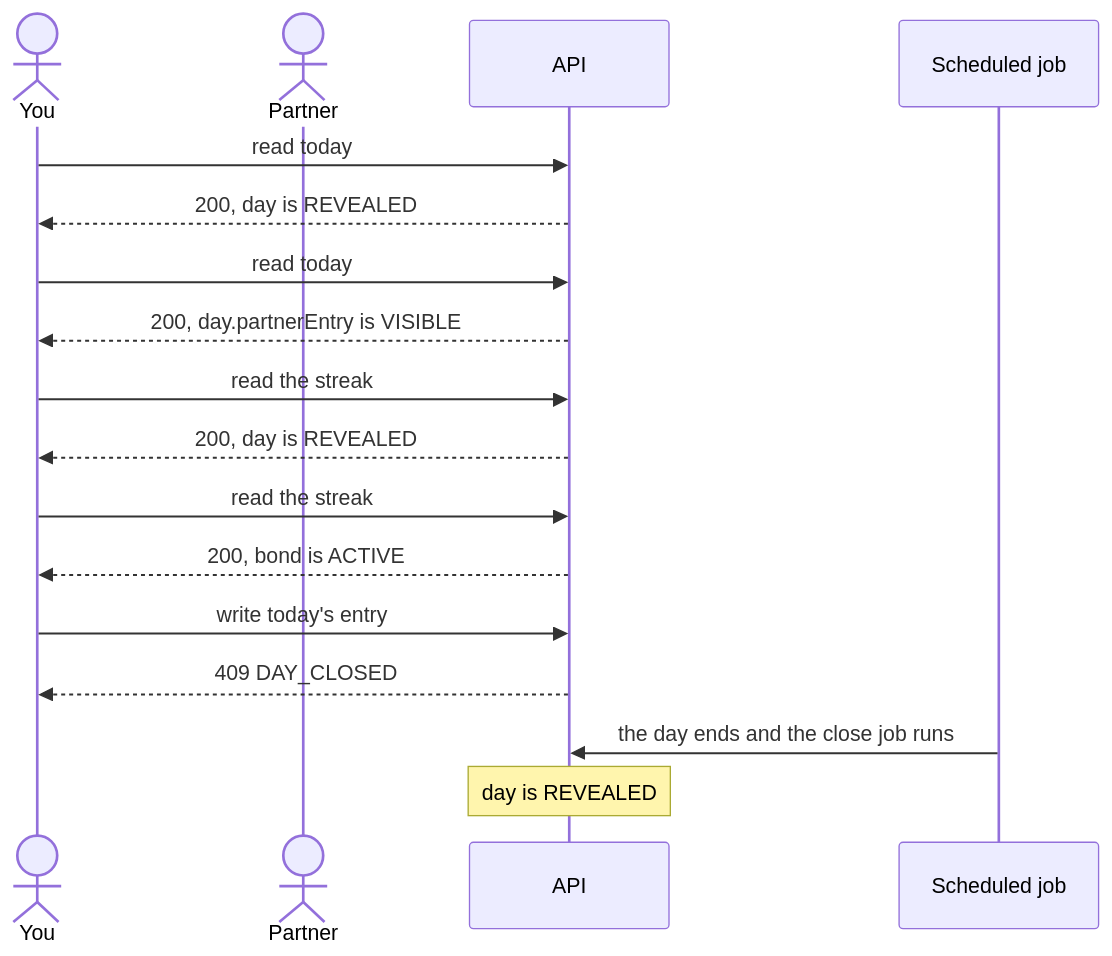
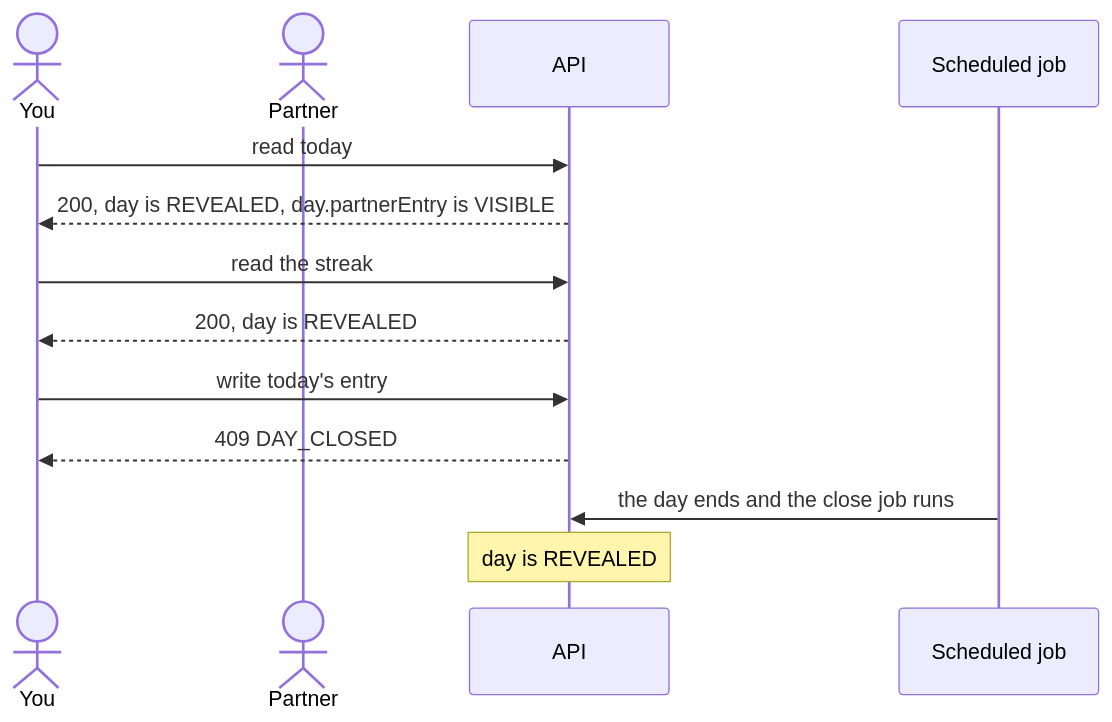
One commit to Ayodeji97/moyi-backend changed the fourth of 5 diagrams in docs/state-map/journeys.md. Above: the diagram before and after it, drawn with Mermaid. The commit also changed other lines of this file and 1 other file, not shown here.

Commit message:
fix(state-map): J4 names doc 02's unbuilt items and drops the second streak step

````diff
--- a/docs/state-map/journeys.md
+++ b/docs/state-map/journeys.md
@@ -144,19 +143,15 @@
 ```mermaid
 sequenceDiagram
     actor You
     actor Partner
     participant API
     participant Job as Scheduled job
     You->>API: read today
-    API-->>You: 200, day is REVEALED
-    You->>API: read today
-    API-->>You: 200, day.partnerEntry is VISIBLE
+    API-->>You: 200, day is REVEALED, day.partnerEntry is VISIBLE
     You->>API: read the streak
     API-->>You: 200, day is REVEALED
-    You->>API: read the streak
-    API-->>You: 200, bond is ACTIVE
     You->>API: write today's entry
     API-->>You: 409 DAY_CLOSED
     Job->>API: the day ends and the close job runs
     Note over API: day is REVEALED
 ```
````
